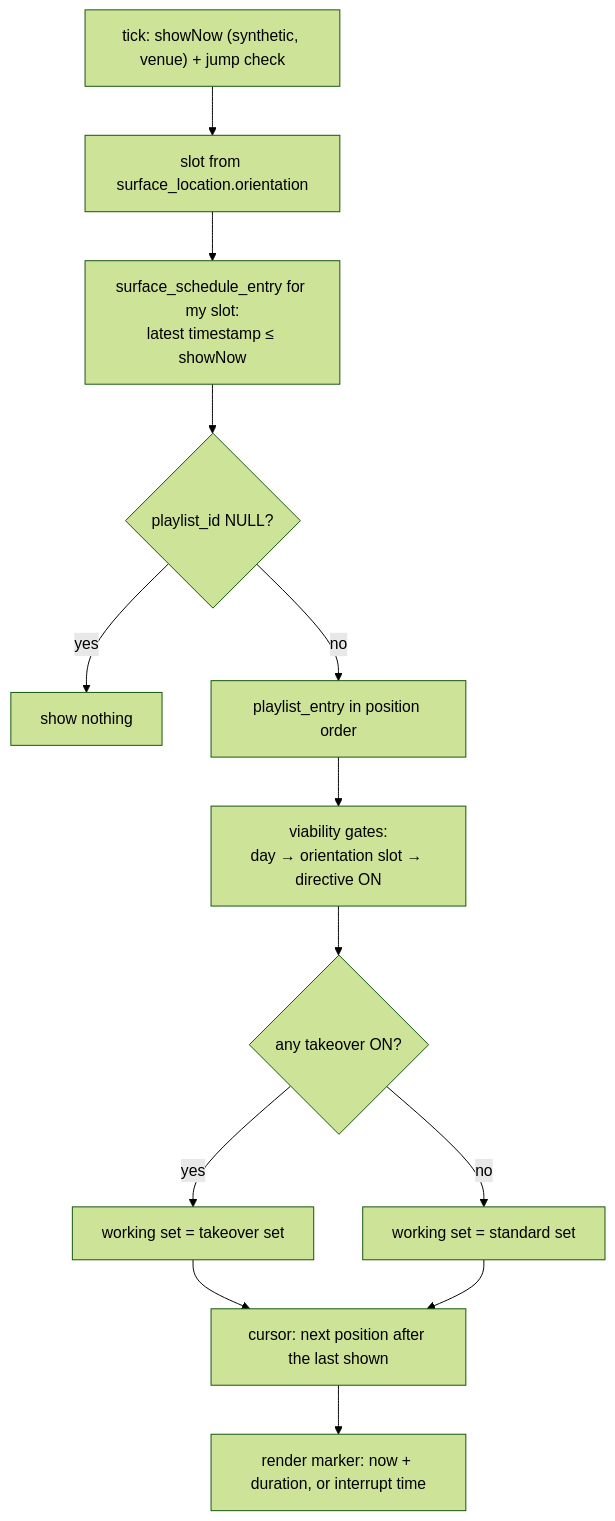
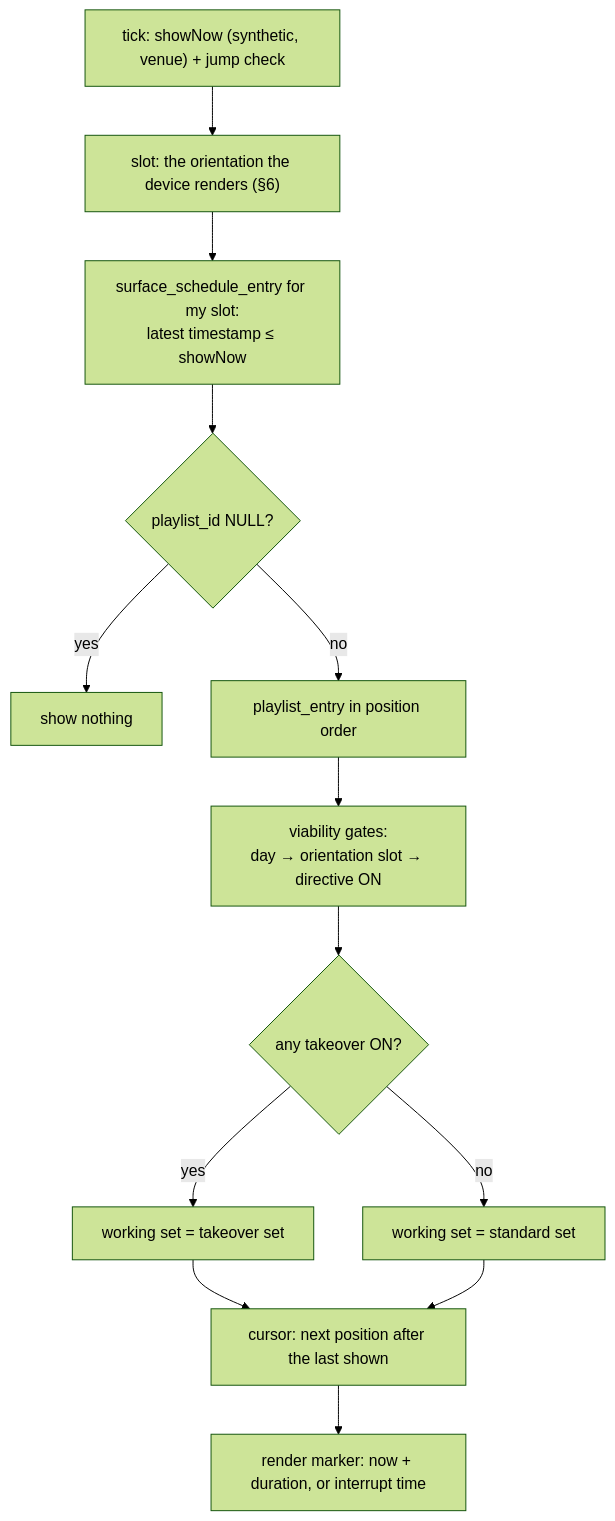
One commit to Mountain-View-Staging/marquee-cartridge-spec changed the second of 3 diagrams in README.md. Above: the diagram before and after it, drawn with Mermaid (forest theme). The commit also changed other lines of this file and 39 other files, not shown here.

First line of the commit message:
spec, engine, conformance: a device's orientation is its own; a Surface may fetch by lane

````diff
--- a/README.md
+++ b/README.md
@@ -469,15 +473,15 @@
 ```mermaid
 flowchart TD
-    A["tick: showNow (synthetic, venue) + jump check"] --> B["slot from surface_location.orientation"]
+    A["tick: showNow (synthetic, venue) + jump check"] --> B["slot: the orientation the device renders (§6)"]
     B --> C["surface_schedule_entry for my slot:<br/>latest timestamp ≤ showNow"]
     C --> D{"playlist_id NULL?"}
     D -->|yes| E["show nothing"]
     D -->|no| F["playlist_entry in position order"]
     F --> G["viability gates:<br/>day → orientation slot → directive ON"]
     G --> H{"any takeover ON?"}
     H -->|yes| I["working set = takeover set"]
     H -->|no| J["working set = standard set"]
     I --> K["cursor: next position after the last shown"]
     J --> K
     K --> L["render marker: now + duration, or interrupt time"]
 ```
````
